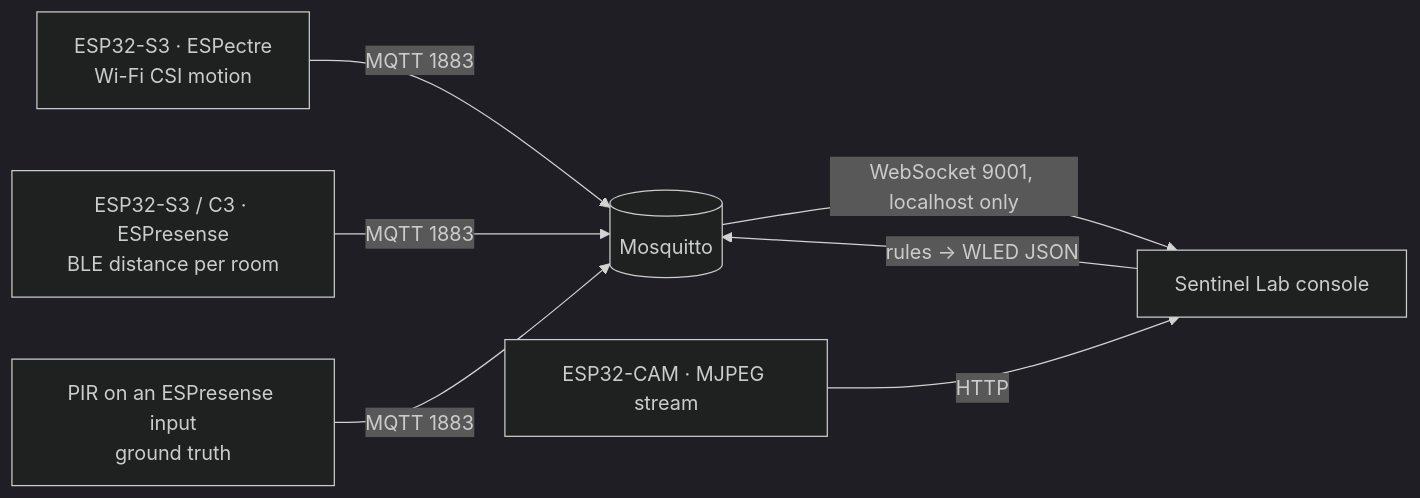
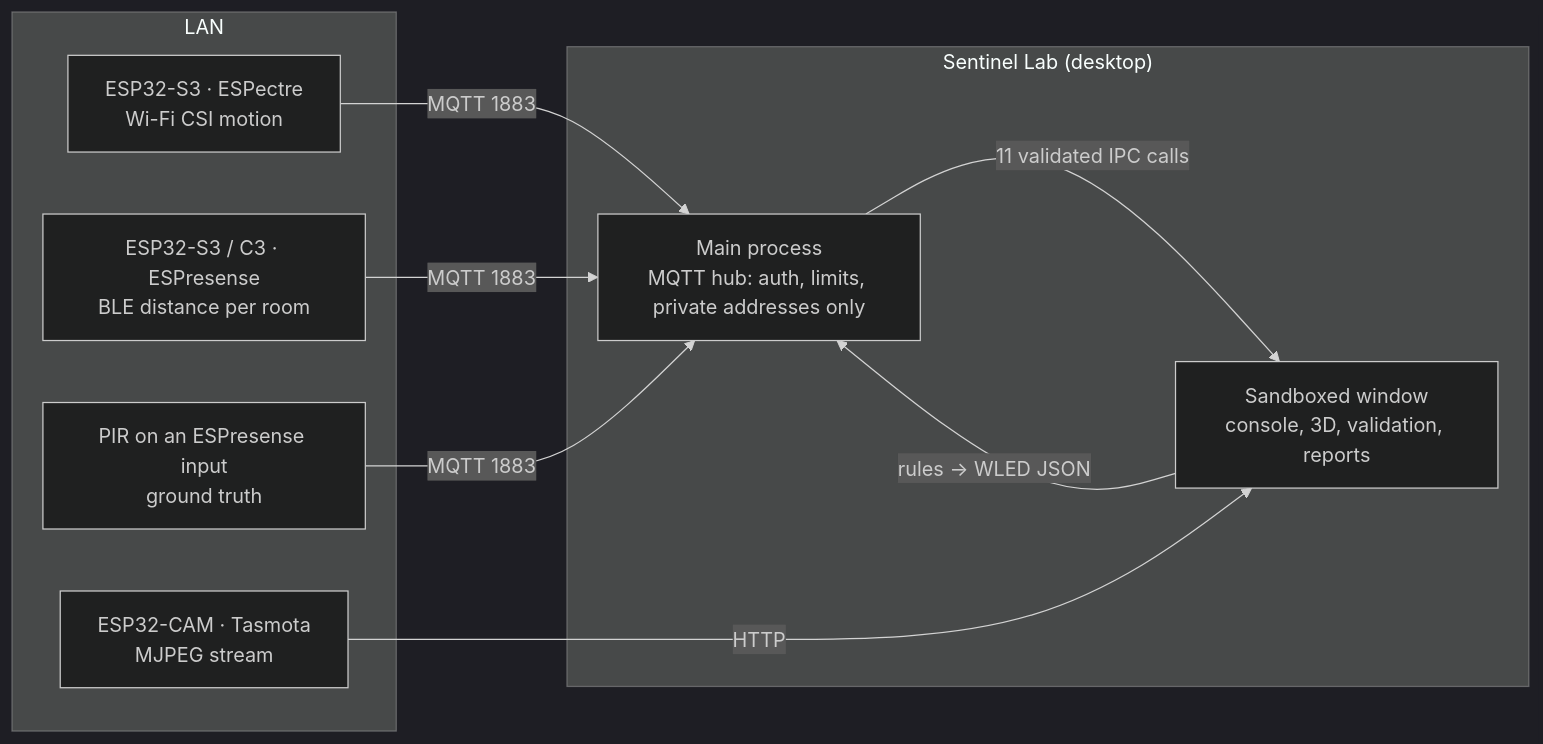
One commit to pengveloper/airfab-sentinel changed the diagram in README.md. Above: the diagram before and after it, drawn with Mermaid (dark theme). The commit also changed other lines of this file and 49 other files, not shown here.

````diff
--- a/README.md
+++ b/README.md
@@ -26,9 +32,19 @@
 ```mermaid
 flowchart LR
-  A["ESP32-S3 · ESPectre<br/>Wi-Fi CSI motion"] -- MQTT 1883 --> B[(Mosquitto)]
-  C["ESP32-S3 / C3 · ESPresense<br/>BLE distance per room"] -- MQTT 1883 --> B
-  P["PIR on an ESPresense input<br/>ground truth"] -- MQTT 1883 --> B
-  B -- WebSocket 9001, localhost only --> D["Sentinel Lab console"]
-  D -- "rules → WLED JSON" --> B
-  E["ESP32-CAM · MJPEG stream"] -- HTTP --> D
+  subgraph LAN
+    A["ESP32-S3 · ESPectre<br/>Wi-Fi CSI motion"]
+    C["ESP32-S3 / C3 · ESPresense<br/>BLE distance per room"]
+    P["PIR on an ESPresense input<br/>ground truth"]
+    E["ESP32-CAM · Tasmota<br/>MJPEG stream"]
+  end
+  subgraph APP["Sentinel Lab (desktop)"]
+    H["Main process<br/>MQTT hub: auth, limits, private addresses only"]
+    W["Sandboxed window<br/>console, 3D, validation, reports"]
+    H -- "11 validated IPC calls" --> W
+  end
+  A -- MQTT 1883 --> H
+  C -- MQTT 1883 --> H
+  P -- MQTT 1883 --> H
+  W -- "rules → WLED JSON" --> H
+  E -- HTTP --> W
 ```
````
